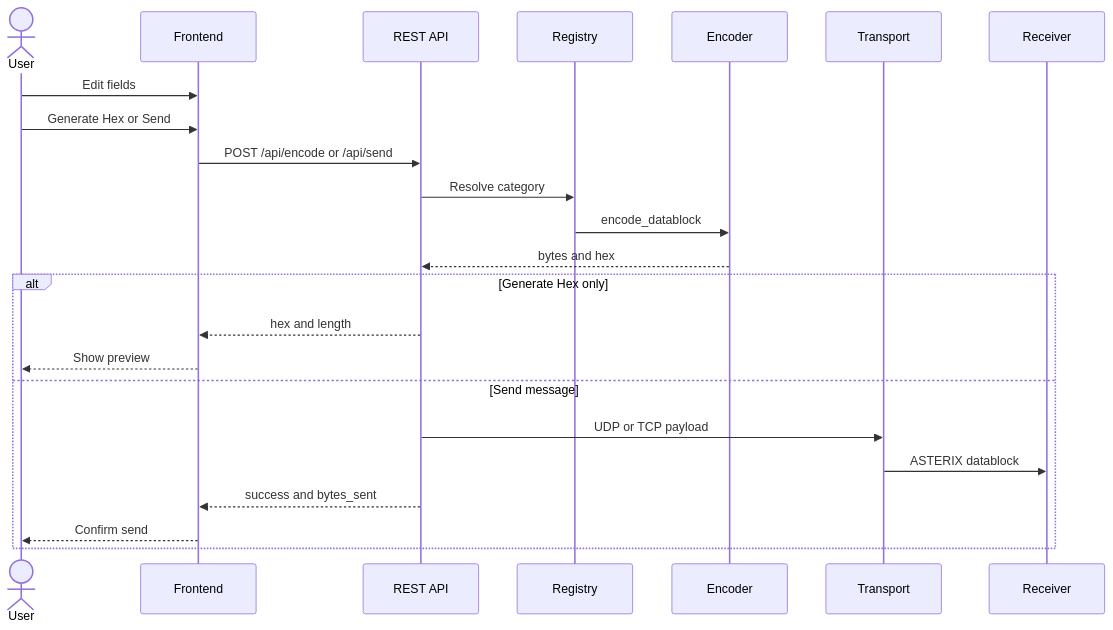
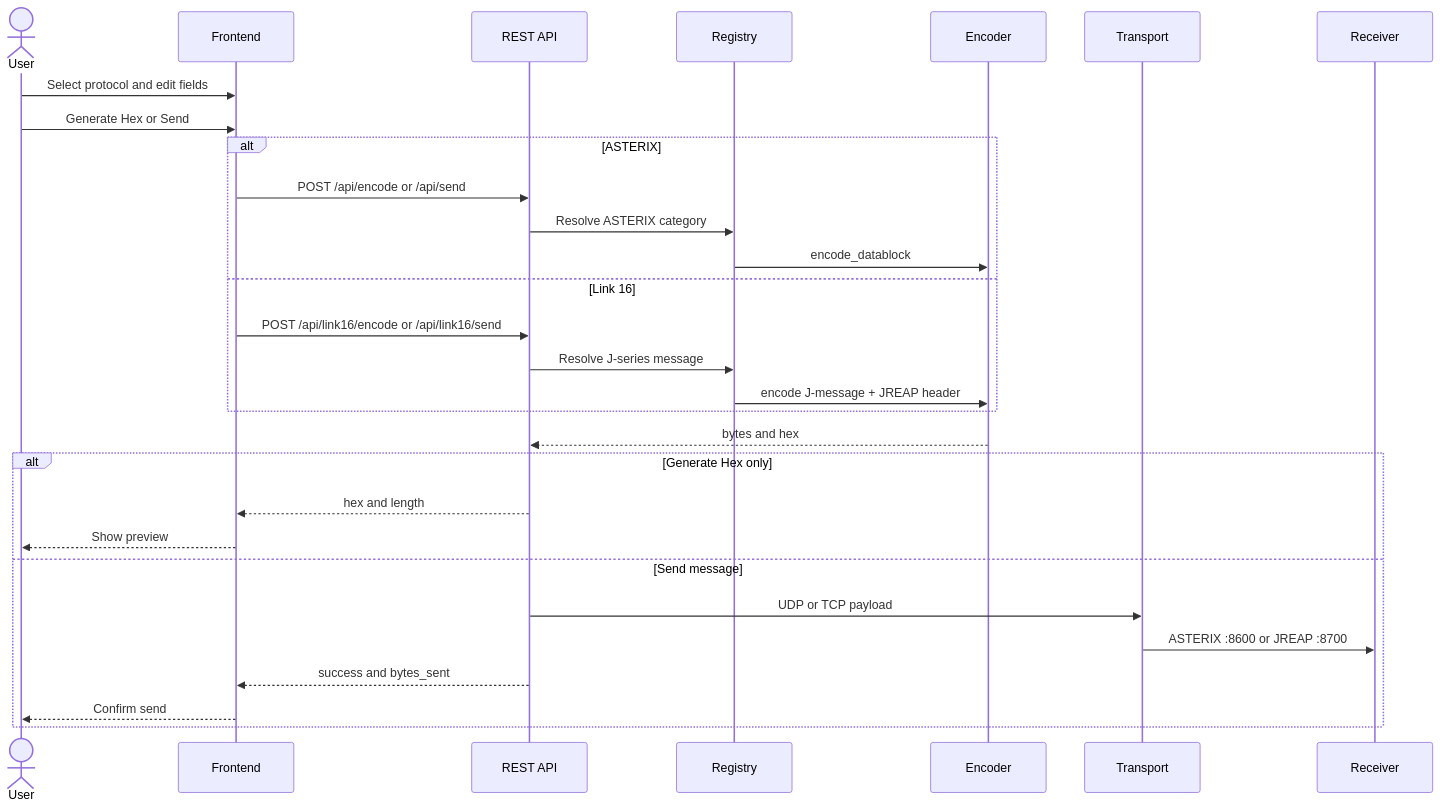
One commit to perneh/obelix changed the second of 2 diagrams in docs/architecture.md. Above: the diagram before and after it, drawn with Mermaid. The commit also changed other lines of this file and 42 other files, not shown here.

````diff
--- a/docs/architecture.md
+++ b/docs/architecture.md
@@ -60,27 +89,35 @@
 ```mermaid
 sequenceDiagram
     actor User
     participant UI as Frontend
     participant API as REST API
     participant REG as Registry
     participant ENC as Encoder
     participant TRN as Transport
     participant RX as Receiver
 
-    User->>UI: Edit fields
+    User->>UI: Select protocol and edit fields
     User->>UI: Generate Hex or Send
-    UI->>API: POST /api/encode or /api/send
-    API->>REG: Resolve category
-    REG->>ENC: encode_datablock
+
+    alt ASTERIX
+        UI->>API: POST /api/encode or /api/send
+        API->>REG: Resolve ASTERIX category
+        REG->>ENC: encode_datablock
+    else Link 16
+        UI->>API: POST /api/link16/encode or /api/link16/send
+        API->>REG: Resolve J-series message
+        REG->>ENC: encode J-message + JREAP header
+    end
+
     ENC-->>API: bytes and hex
 
     alt Generate Hex only
         API-->>UI: hex and length
         UI-->>User: Show preview
     else Send message
         API->>TRN: UDP or TCP payload
-        TRN->>RX: ASTERIX datablock
+        TRN->>RX: ASTERIX :8600 or JREAP :8700
         API-->>UI: success and bytes_sent
         UI-->>User: Confirm send
     end
 ```
````
